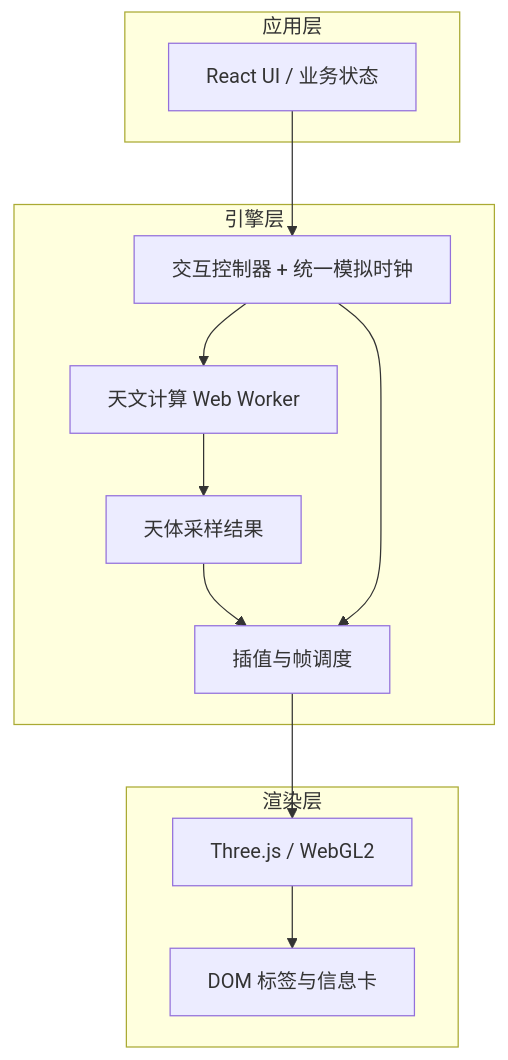
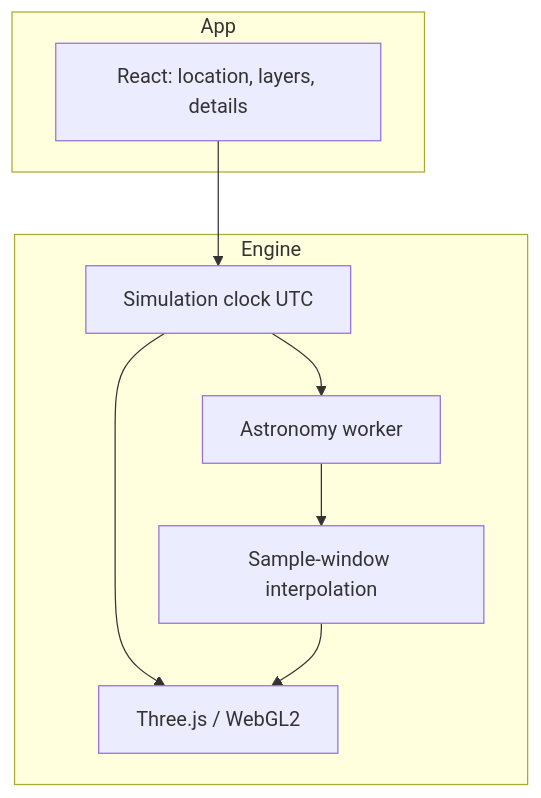
Before and after one commit to gunerguner/AdAstra: the diagram in README.md, drawn with Mermaid. The commit also changed other lines of this file and 25 other files, not shown here.

````diff
--- a/README.md
+++ b/README.md
@@ -23,23 +36,17 @@
 ```mermaid
 flowchart TB
-  subgraph app [应用层]
-    UI["React UI / 业务状态"]
+  subgraph app [App]
+    UI["React: location, layers, details"]
   end
-  subgraph engine [引擎层]
-    Controller["交互控制器 + 统一模拟时钟"]
-    Worker["天文计算 Web Worker"]
-    Samples["天体采样结果"]
-    Scheduler["插值与帧调度"]
+  subgraph engine [Engine]
+    Clock["Simulation clock UTC"]
+    Worker["Astronomy worker"]
+    Interp["Sample-window interpolation"]
+    Scene["Three.js / WebGL2"]
   end
-  subgraph render [渲染层]
-    WebGL["Three.js / WebGL2"]
-    Overlay["DOM 标签与信息卡"]
-  end
-  UI --> Controller
-  Controller --> Worker
-  Worker --> Samples
-  Samples --> Scheduler
-  Controller --> Scheduler
-  Scheduler --> WebGL
-  WebGL --> Overlay
+  UI --> Clock
+  Clock --> Scene
+  Clock --> Worker
+  Worker --> Interp
+  Interp --> Scene
 ```
````
